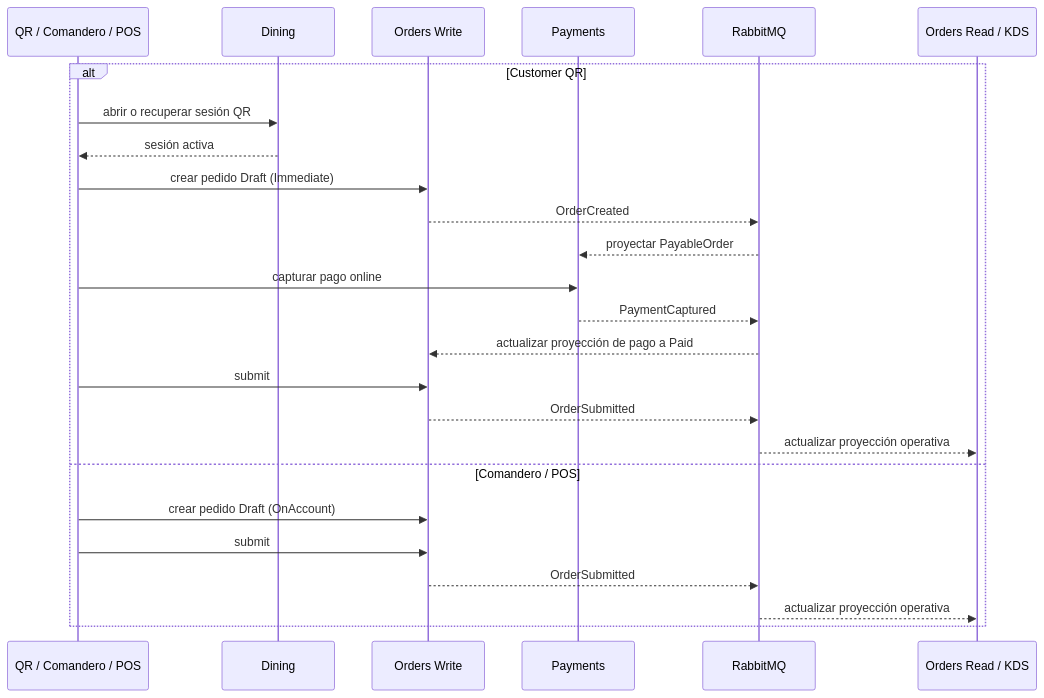
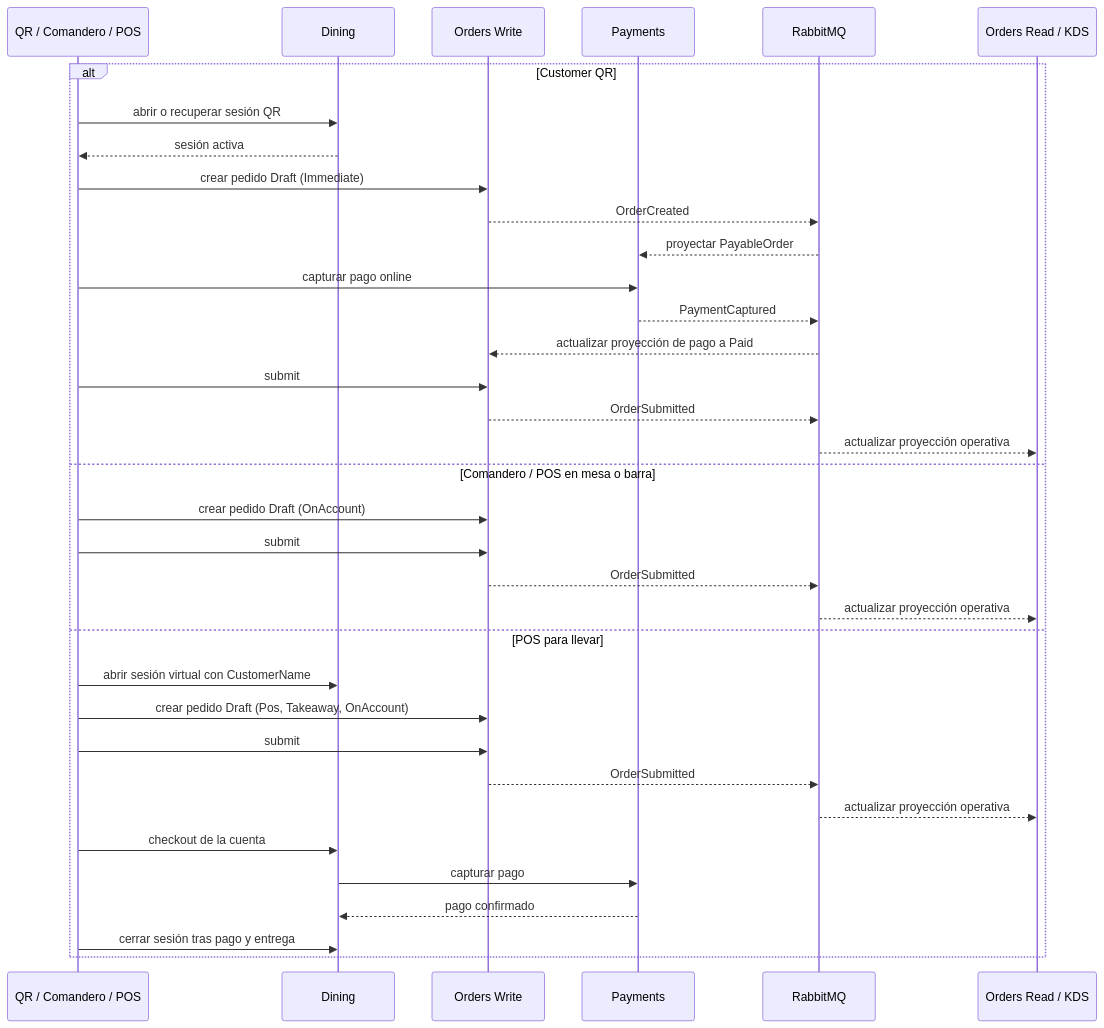
The third of 3 diagrams in README.md (sergioocode/Restaurantes), drawn with Mermaid before and after one commit. The commit also changed other lines of this file and 5 other files, not shown here.

````diff
--- a/README.md
+++ b/README.md
@@ -310,28 +312,38 @@
 ```mermaid
 sequenceDiagram
     participant Client as QR / Comandero / POS
     participant Dining
     participant Orders as Orders Write
     participant Payments
     participant MQ as RabbitMQ
     participant KDS as Orders Read / KDS
 
     alt Customer QR
         Client->>Dining: abrir o recuperar sesión QR
         Dining-->>Client: sesión activa
         Client->>Orders: crear pedido Draft (Immediate)
         Orders-->>MQ: OrderCreated
         MQ-->>Payments: proyectar PayableOrder
         Client->>Payments: capturar pago online
         Payments-->>MQ: PaymentCaptured
         MQ-->>Orders: actualizar proyección de pago a Paid
         Client->>Orders: submit
         Orders-->>MQ: OrderSubmitted
         MQ-->>KDS: actualizar proyección operativa
-    else Comandero / POS
+    else Comandero / POS en mesa o barra
         Client->>Orders: crear pedido Draft (OnAccount)
         Client->>Orders: submit
         Orders-->>MQ: OrderSubmitted
         MQ-->>KDS: actualizar proyección operativa
+    else POS para llevar
+        Client->>Dining: abrir sesión virtual con CustomerName
+        Client->>Orders: crear pedido Draft (Pos, Takeaway, OnAccount)
+        Client->>Orders: submit
+        Orders-->>MQ: OrderSubmitted
+        MQ-->>KDS: actualizar proyección operativa
+        Client->>Dining: checkout de la cuenta
+        Dining->>Payments: capturar pago
+        Payments-->>Dining: pago confirmado
+        Client->>Dining: cerrar sesión tras pago y entrega
     end
 ```
````
